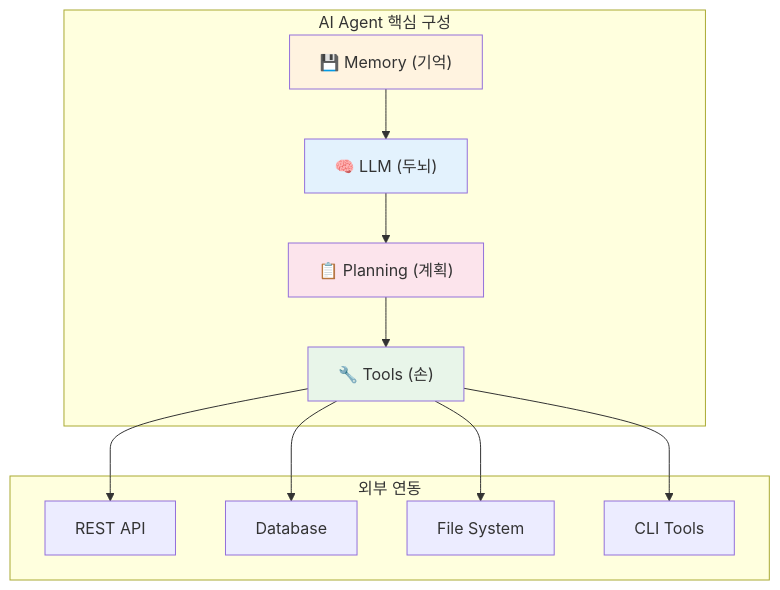
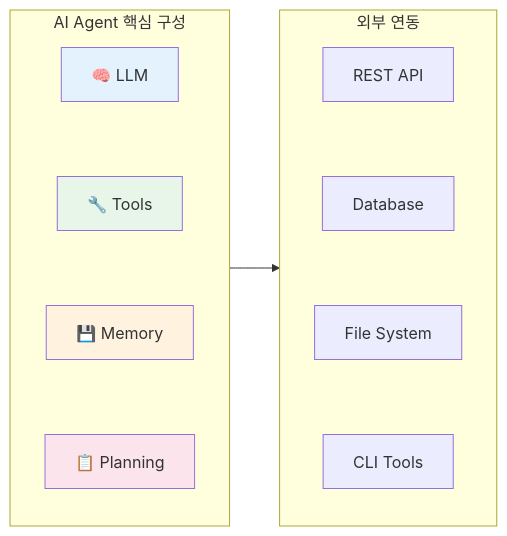
One commit to Gyeom/dev-notes changed the second of 9 diagrams in content/posts/2025-10-01-ai-agent-architecture-fundamentals.md. Above: the diagram before and after it, drawn with Mermaid. The commit also changed other lines of this file and 7 other files, not shown here.

First line of the commit message:
Fix: 전체 포스트 Mermaid 다이어그램 가로 배치 적용

````diff
--- a/content/posts/2025-10-01-ai-agent-architecture-fundamentals.md
+++ b/content/posts/2025-10-01-ai-agent-architecture-fundamentals.md
@@ -56,26 +56,17 @@
 ```mermaid
-flowchart TB
+flowchart LR
     subgraph Core["AI Agent 핵심 구성"]
-        LLM["🧠 LLM (두뇌)"]
-        Tools["🔧 Tools (손)"]
-        Memory["💾 Memory (기억)"]
-        Planning["📋 Planning (계획)"]
+        LLM["🧠 LLM"] ~~~ Tools["🔧 Tools"] ~~~ Memory["💾 Memory"] ~~~ Planning["📋 Planning"]
     end
 
     subgraph External["외부 연동"]
-        API["REST API"]
-        DB["Database"]
-        FS["File System"]
-        CLI["CLI Tools"]
+        API["REST API"] ~~~ DB["Database"] ~~~ FS["File System"] ~~~ CLI["CLI Tools"]
     end
 
-    LLM --> Planning
-    Planning --> Tools
-    Tools --> API & DB & FS & CLI
-    Memory --> LLM
+    Core --> External
 
     style LLM fill:#E3F2FD
     style Tools fill:#E8F5E9
     style Memory fill:#FFF3E0
     style Planning fill:#FCE4EC
 ```
````
